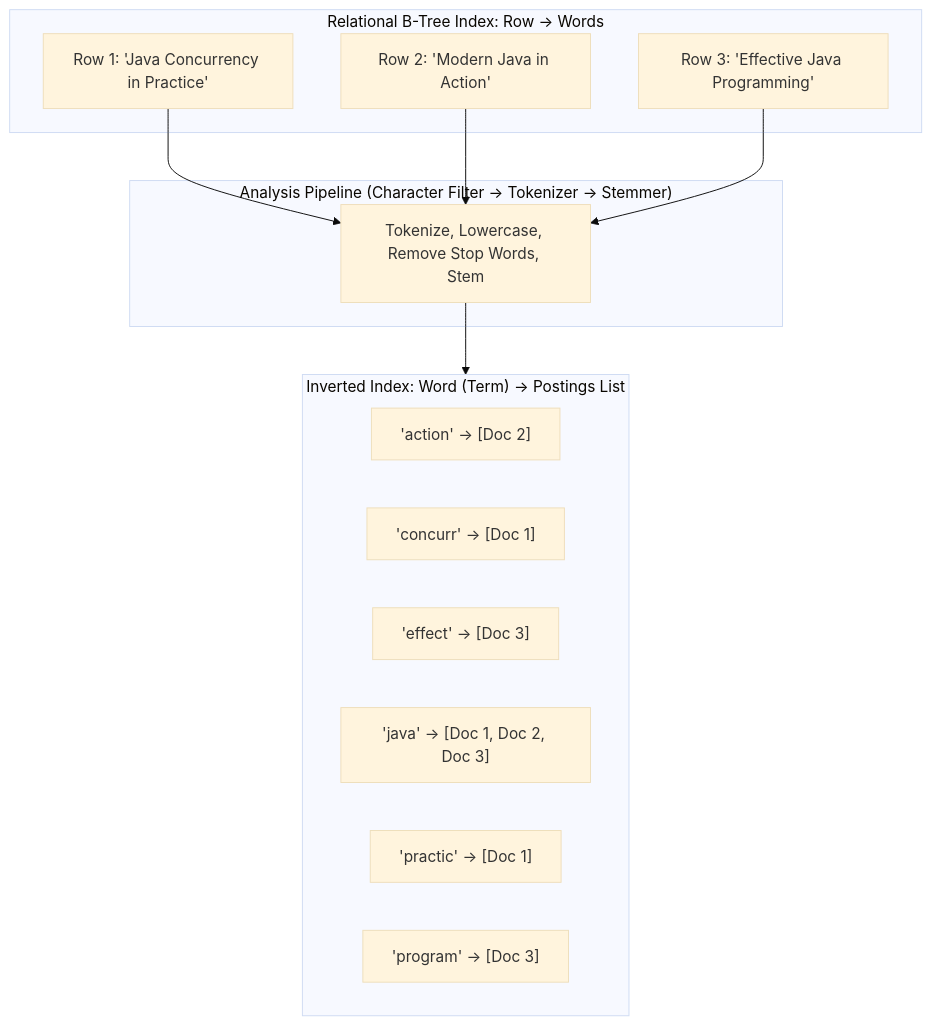
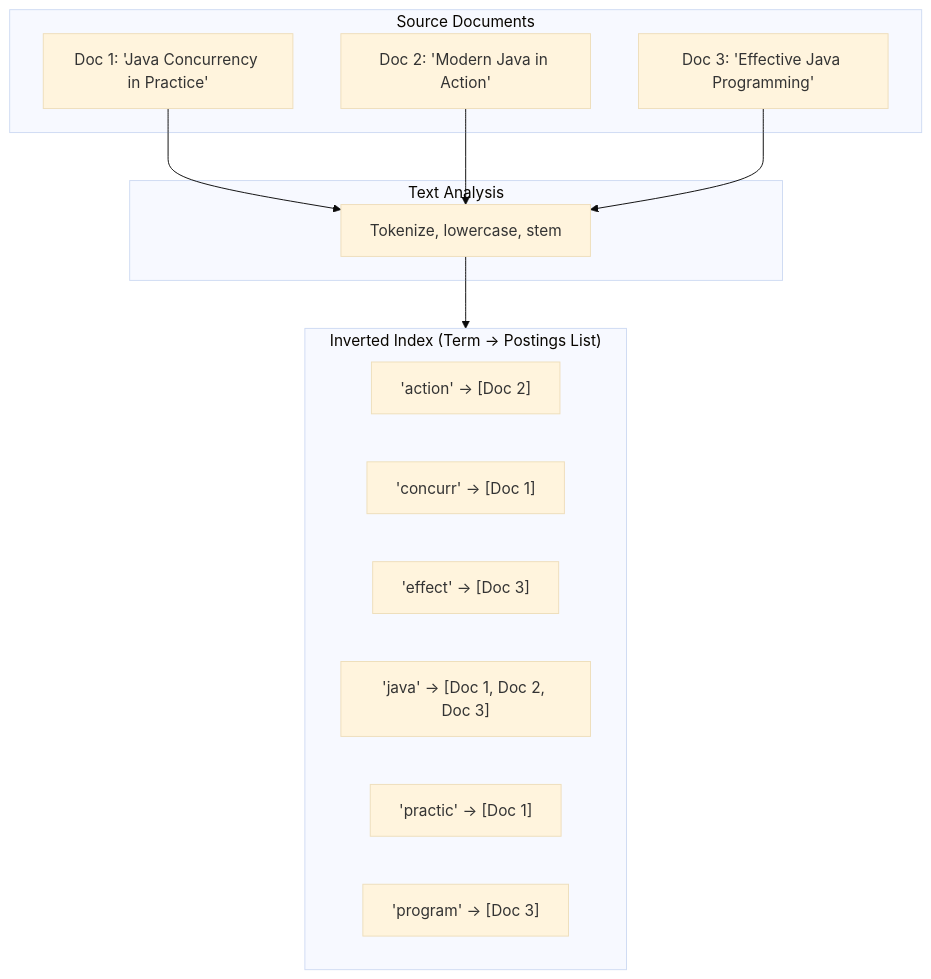
The first of 5 diagrams in content/roadmap/level-7/full-text-search-with-elasticsearch.md (ravishankar2463/java_hub), drawn with Mermaid (base theme) before and after one commit. The commit also changed other lines of this file and 119 other files, not shown here.

Commit message:
feat: add comprehensive java learning roadmap content across multiple levels

````diff
--- a/content/roadmap/level-7/full-text-search-with-elasticsearch.md
+++ b/content/roadmap/level-7/full-text-search-with-elasticsearch.md
@@ -22,26 +26,26 @@
 ```mermaid
 flowchart TD
-    subgraph RelationalBTree["Relational B-Tree Index: Row -> Words"]
-        Doc1["Row 1: 'Java Concurrency in Practice'"]
-        Doc2["Row 2: 'Modern Java in Action'"]
-        Doc3["Row 3: 'Effective Java Programming'"]
+    subgraph SourceDocs["Source Documents"]
+        Doc1["Doc 1: 'Java Concurrency in Practice'"]
+        Doc2["Doc 2: 'Modern Java in Action'"]
+        Doc3["Doc 3: 'Effective Java Programming'"]
     end
 
-    subgraph AnalysisPipeline["Analysis Pipeline (Character Filter -> Tokenizer -> Stemmer)"]
-        Tokenizer["Tokenize, Lowercase, Remove Stop Words, Stem"]
+    subgraph Analysis["Text Analysis"]
+        Pipeline["Tokenize, lowercase, stem"]
     end
 
-    subgraph InvertedIndexTable["Inverted Index: Word (Term) -> Postings List"]
+    subgraph InvertedIndex["Inverted Index (Term -> Postings List)"]
         Action["'action' -> [Doc 2]"]
         Concurr["'concurr' -> [Doc 1]"]
         Effect["'effect' -> [Doc 3]"]
         Java["'java' -> [Doc 1, Doc 2, Doc 3]"]
         Practic["'practic' -> [Doc 1]"]
         Program["'program' -> [Doc 3]"]
     end
 
-    Doc1 --> Tokenizer
-    Doc2 --> Tokenizer
-    Doc3 --> Tokenizer
-    Tokenizer --> InvertedIndexTable
+    Doc1 --> Pipeline
+    Doc2 --> Pipeline
+    Doc3 --> Pipeline
+    Pipeline --> InvertedIndex
 ```
````
